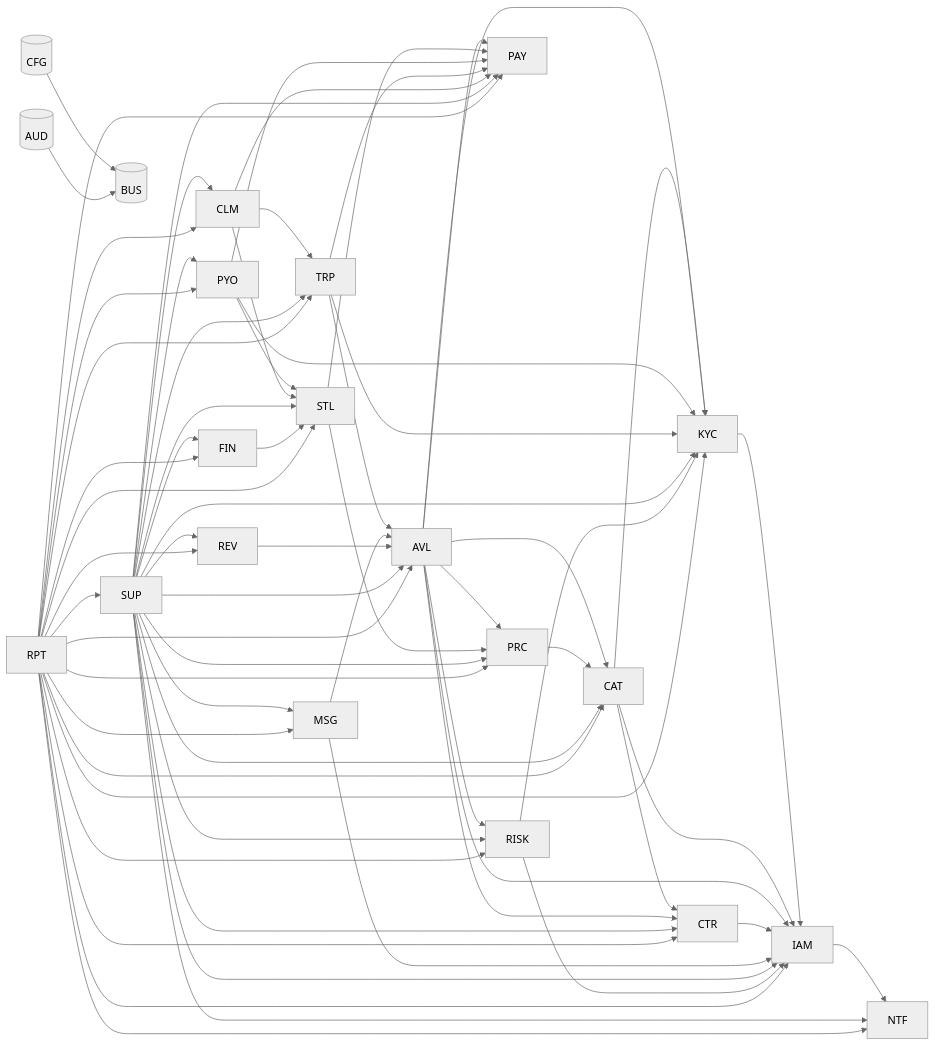
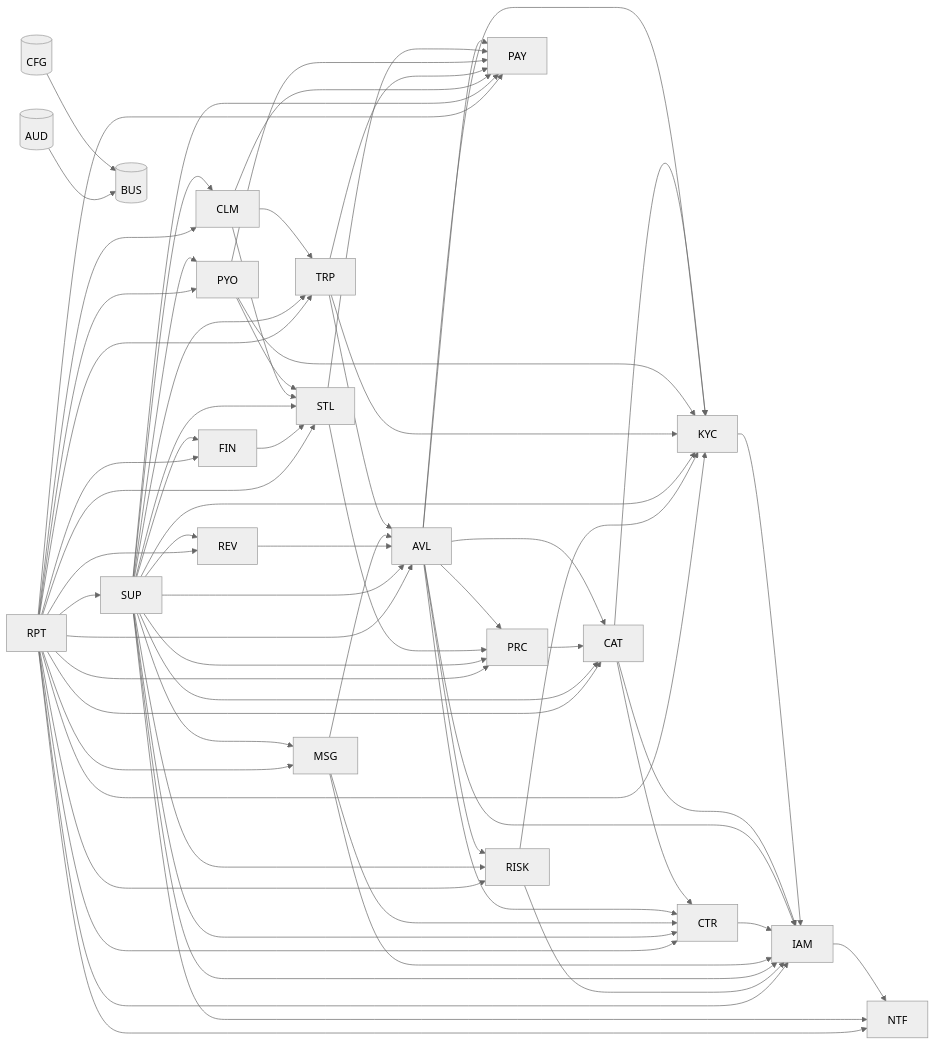
The first of 2 diagrams in docs/architecture/modules.md (Noamgitpty/rueda), drawn with Mermaid (neutral theme) before and after one commit. The commit also changed other lines of this file and 9 other files, not shown here.

```diff
--- a/docs/architecture/modules.md
+++ b/docs/architecture/modules.md
@@ -59,6 +59,7 @@
   CLM --> PAY
   MSG --> IAM
   MSG --> AVL
+  MSG --> CTR
   REV --> AVL
   SUP --> IAM
   SUP --> KYC
```
